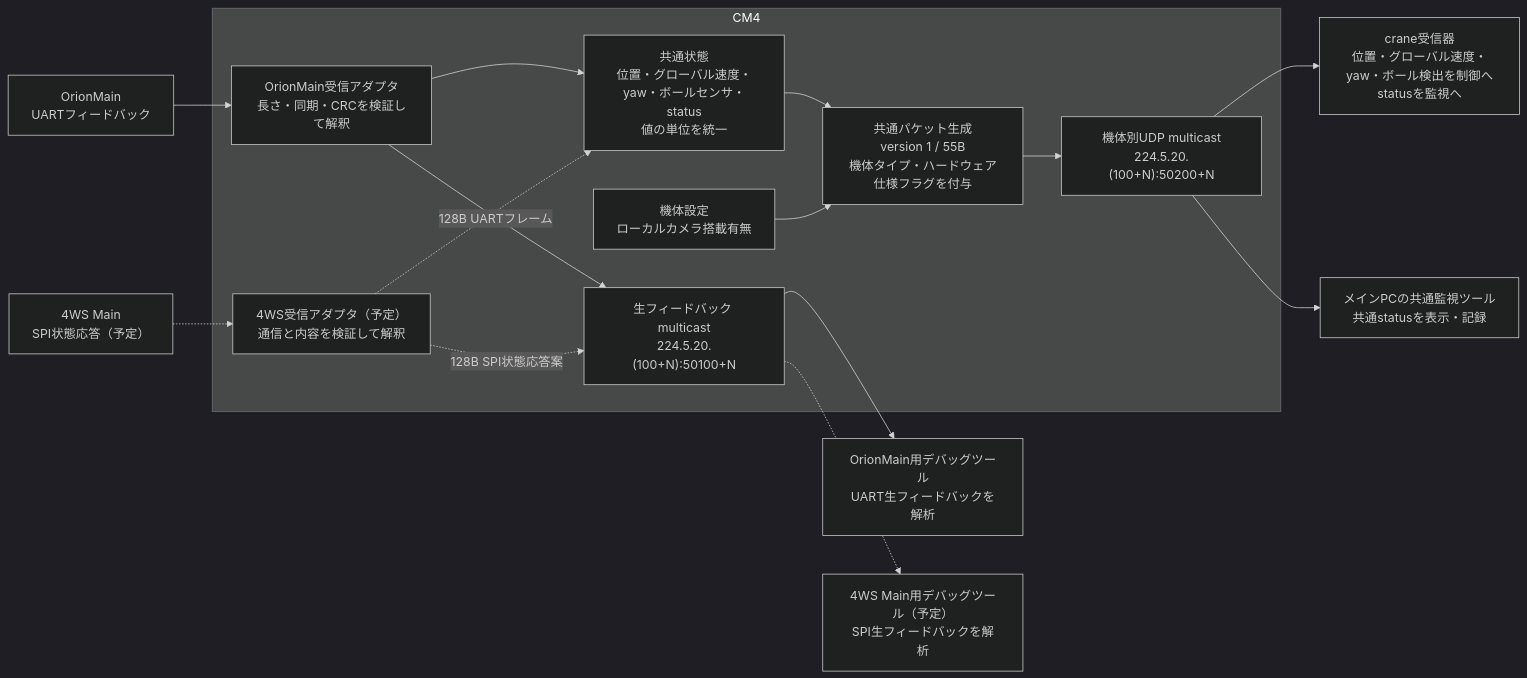
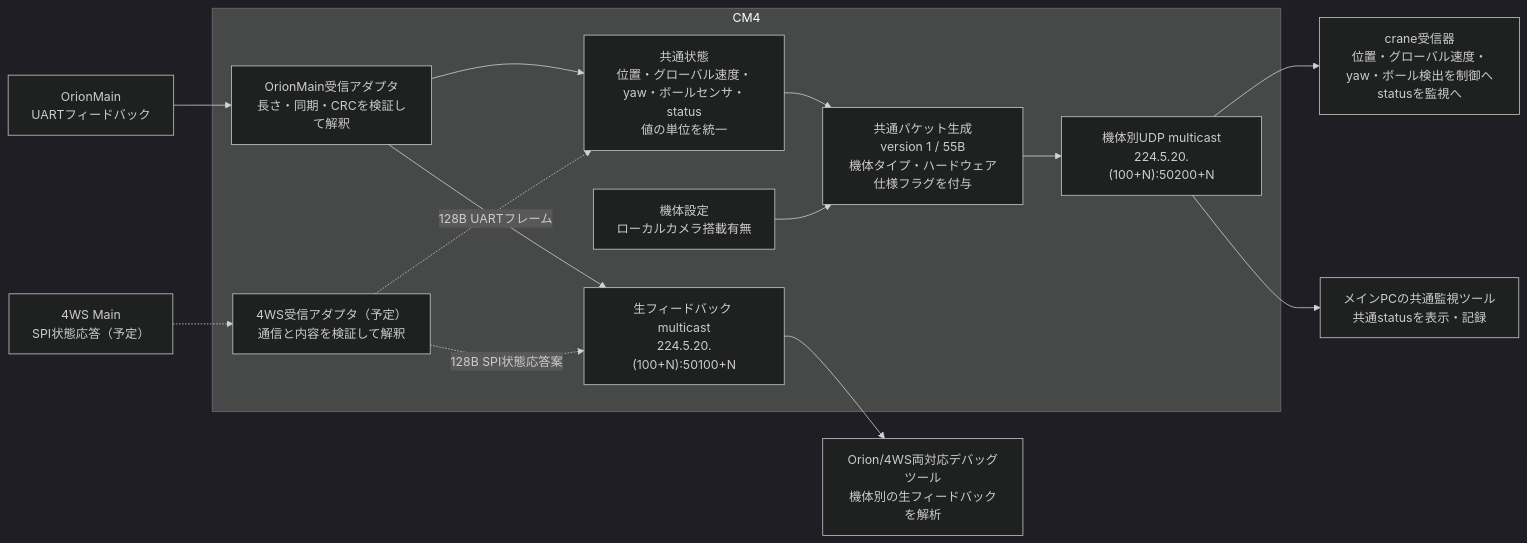
One commit to ibis-ssl/Orion_CM4 changed the diagram in doc/cm4_status_packet_proposal.md. Above: the diagram before and after it, drawn with Mermaid (dark theme). The commit also changed other lines of this file and 13 other files, not shown here.

````diff
--- a/doc/cm4_status_packet_proposal.md
+++ b/doc/cm4_status_packet_proposal.md
@@ -11,29 +11,28 @@
 ```mermaid
 flowchart LR
     orion_main["OrionMain<br/>UARTフィードバック"]
     ws["4WS Main<br/>SPI状態応答（予定）"]
 
     subgraph cm4["CM4"]
         hw["機体設定<br/>ローカルカメラ搭載有無"]
         orion_adapter["OrionMain受信アダプタ<br/>長さ・同期・CRCを検証して解釈"]
         ws_adapter["4WS受信アダプタ（予定）<br/>通信と内容を検証して解釈"]
         common["共通状態<br/>位置・グローバル速度・yaw・ボールセンサ・status<br/>値の単位を統一"]
         serialize["共通パケット生成<br/>version 1 / 55B<br/>機体タイプ・ハードウェア仕様フラグを付与"]
         multicast["機体別UDP multicast<br/>224.5.20.(100+N):50200+N"]
         raw_multicast["生フィードバック multicast<br/>224.5.20.(100+N):50100+N"]
         orion_adapter --> common
         ws_adapter -.-> common
         orion_adapter -->|"128B UARTフレーム"| raw_multicast
         ws_adapter -.->|"128B SPI状態応答案"| raw_multicast
         common --> serialize
         hw --> serialize
         serialize --> multicast
     end
 
     orion_main --> orion_adapter
     ws -.-> ws_adapter
     multicast --> crane["crane受信器<br/>位置・グローバル速度・yaw・ボール検出を制御へ<br/>statusを監視へ"]
     multicast --> pc["メインPCの共通監視ツール<br/>共通statusを表示・記録"]
-    raw_multicast --> orion_debug["OrionMain用デバッグツール<br/>UART生フィードバックを解析"]
-    raw_multicast -.-> ws_debug["4WS Main用デバッグツール（予定）<br/>SPI生フィードバックを解析"]
+    raw_multicast --> debug["Orion/4WS両対応デバッグツール<br/>機体別の生フィードバックを解析"]
 ```
````
